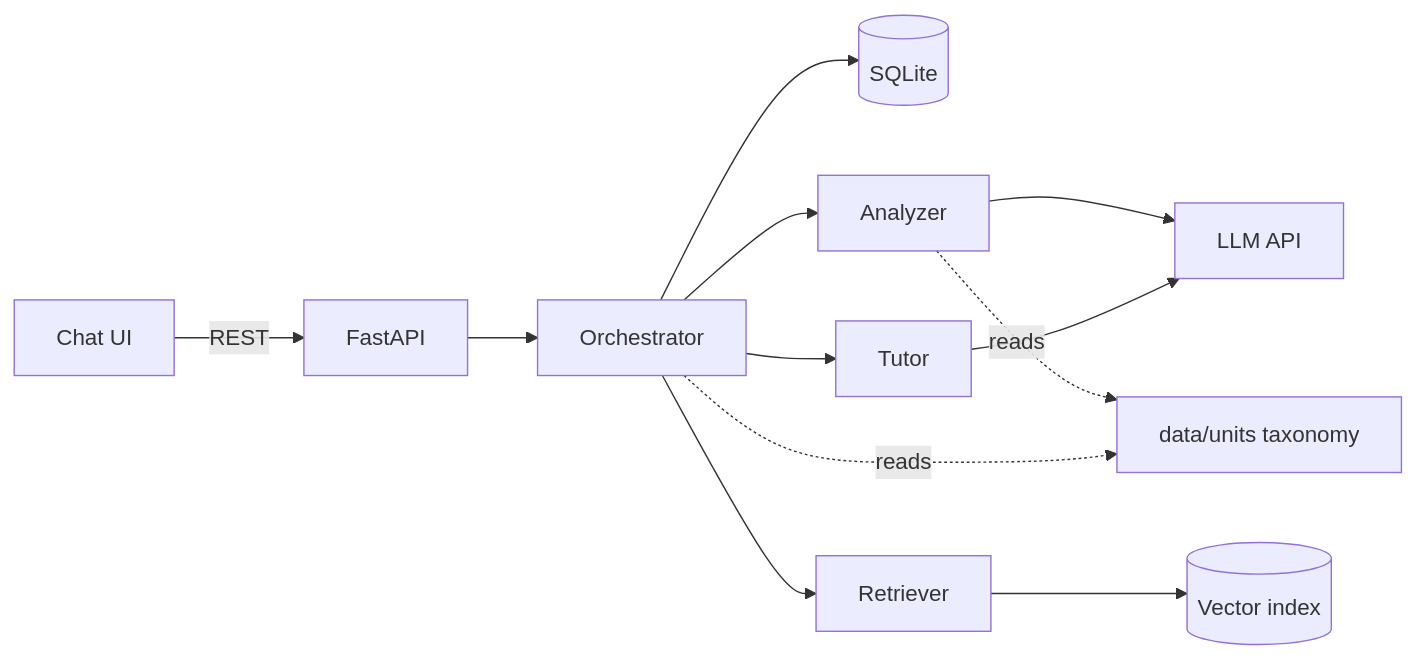
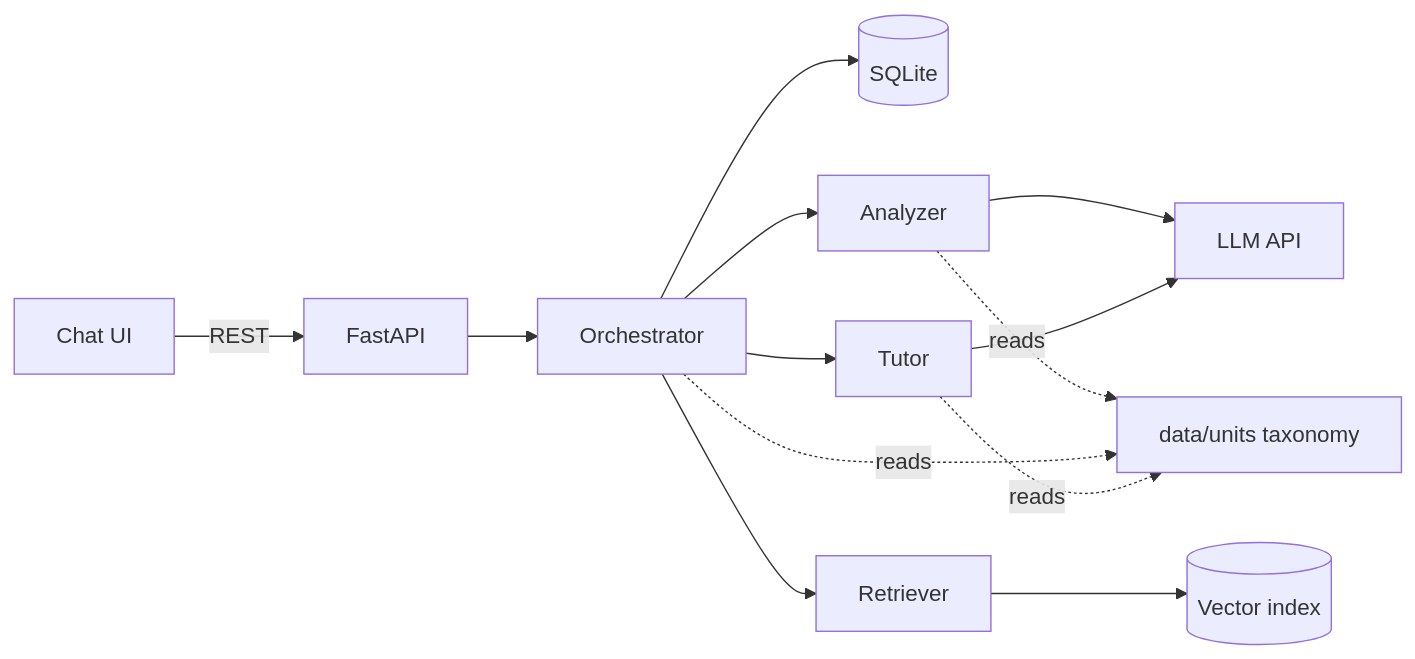
One commit to Mitxh13/SAGE changed the diagram in docs/ARCHITECTURE.md. Above: the diagram before and after it, drawn with Mermaid. The commit also changed other lines of this file and 2 other files, not shown here.

````diff
--- a/docs/ARCHITECTURE.md
+++ b/docs/ARCHITECTURE.md
@@ -13,14 +13,15 @@
 ```mermaid
 flowchart LR
     UI[Chat UI] -->|REST| API[FastAPI]
     API --> ORC[Orchestrator]
     ORC --> DB[(SQLite)]
     ORC --> AN[Analyzer]
     ORC --> RAG[Retriever]
     ORC --> TU[Tutor]
     RAG --> VEC[(Vector index)]
     AN --> LLM[LLM API]
     TU --> LLM
     AN -.reads.-> TAX[data/units taxonomy]
     ORC -.reads.-> TAX
+    TU -.reads.-> TAX
 ```
````
